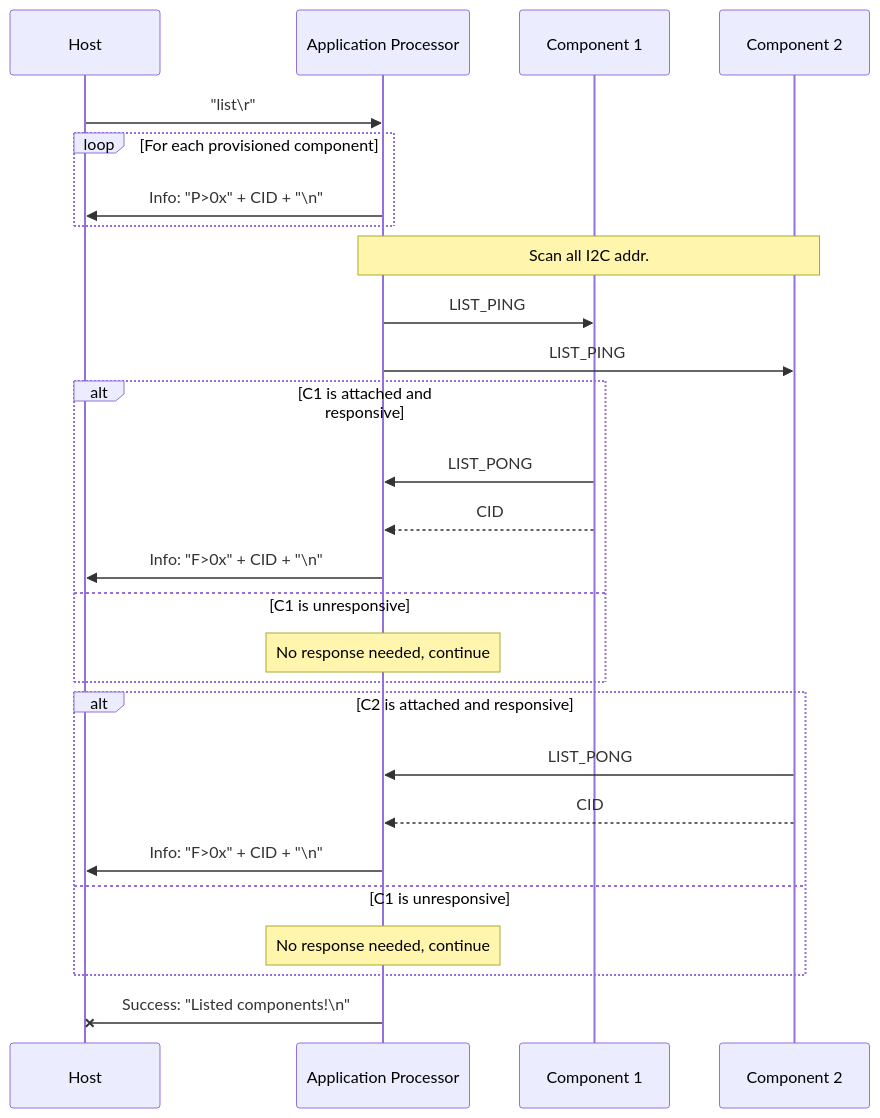
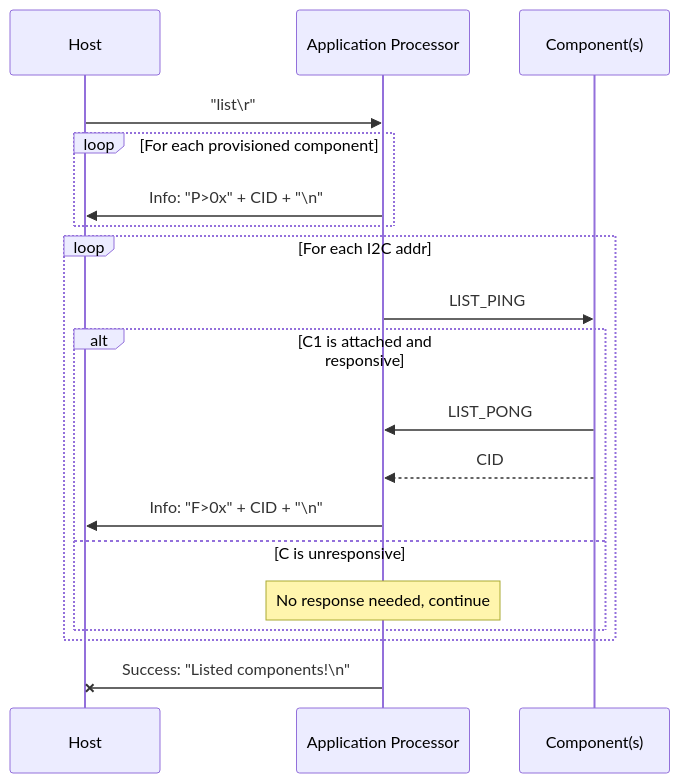
Before and after one commit to sigpwny/2024-ectf-uiuc: the first of 4 diagrams in docs/misc_protocol.md, drawn with Mermaid.

````diff
--- a/docs/misc_protocol.md
+++ b/docs/misc_protocol.md
@@ -14,29 +14,21 @@
 ```mermaid
 sequenceDiagram
   participant H as Host
   participant AP as Application Processor
-  participant C1 as Component 1
-  participant C2 as Component 2
+  participant C as Component(s)
   H ->> AP: "list\r"
   loop For each provisioned component
     AP ->> H: Info: "P>0x" + CID + "\n"
   end
-  Note over AP,C2: Scan all I2C addr.
-  AP ->> C1: LIST_PING
-  AP ->> C2: LIST_PING
-  alt C1 is attached and responsive
-    C1 ->> AP: LIST_PONG
-    C1 -->> AP: CID
-    AP ->> H: Info: "F>0x" + CID + "\n"
-  else C1 is unresponsive
-    Note over AP: No response needed, continue
-  end
-  alt C2 is attached and responsive
-    C2 ->> AP: LIST_PONG
-    C2 -->> AP: CID
-    AP ->> H: Info: "F>0x" + CID + "\n"
-  else C1 is unresponsive
-    Note over AP: No response needed, continue
+  loop For each I2C addr
+    AP ->> C: LIST_PING
+    alt C1 is attached and responsive
+      C ->> AP: LIST_PONG
+      C -->> AP: CID
+      AP ->> H: Info: "F>0x" + CID + "\n"
+    else C is unresponsive
+      Note over AP: No response needed, continue
+    end
   end
   AP -x H: Success: "Listed components!\n"
 ```
````
